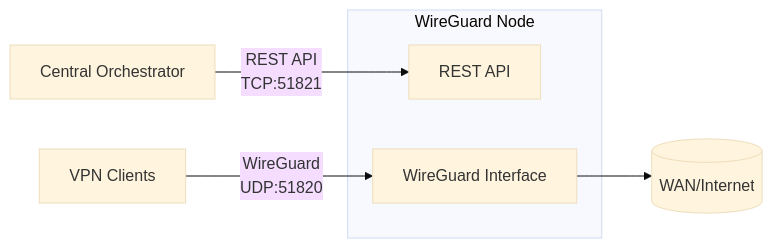
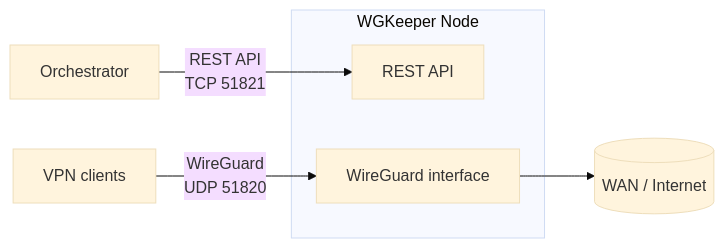
The diagram in README.md (wgkeeper/wgkeeper-node), drawn with Mermaid (base theme) before and after one commit. The commit also changed other lines of this file and 94 other files, not shown here.

````diff
--- a/README.md
+++ b/README.md
@@ -48,12 +31,12 @@
 ```mermaid
 flowchart LR
-  Orchestrator[Central Orchestrator] -->|REST API<br/>TCP:51821| API
-  Clients[VPN Clients] -->|WireGuard<br/>UDP:51820| WG
+  Orchestrator[Orchestrator] -->|REST API<br/>TCP 51821| API
+  Clients[VPN clients] -->|WireGuard<br/>UDP 51820| WG
 
-  subgraph Node[WireGuard Node]
+  subgraph Node[WGKeeper Node]
     API[REST API]
-    WG[WireGuard Interface]
+    WG[WireGuard interface]
   end
 
-  WG --> WAN[(WAN/Internet)]
+  WG --> WAN[(WAN / Internet)]
 ```
````
